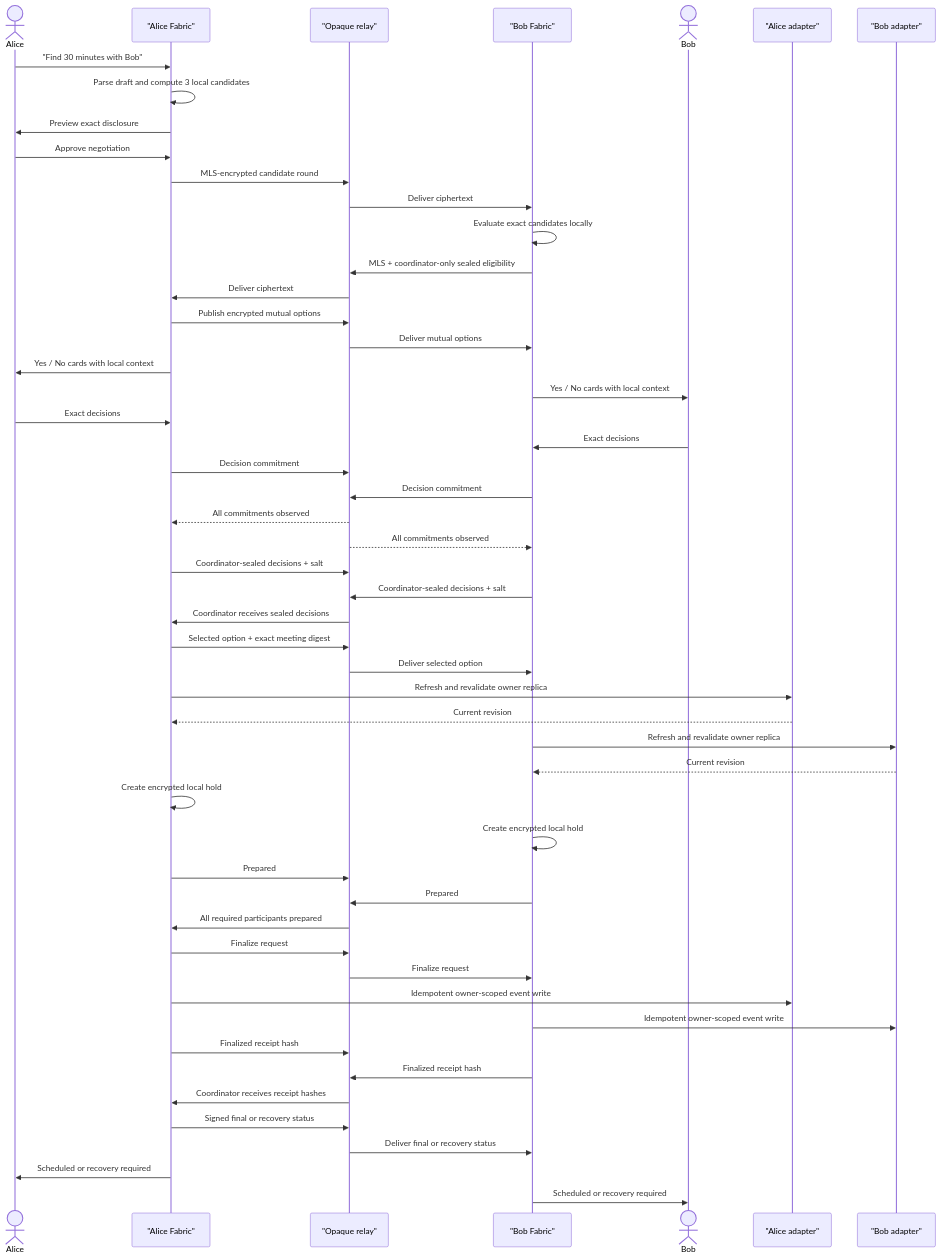
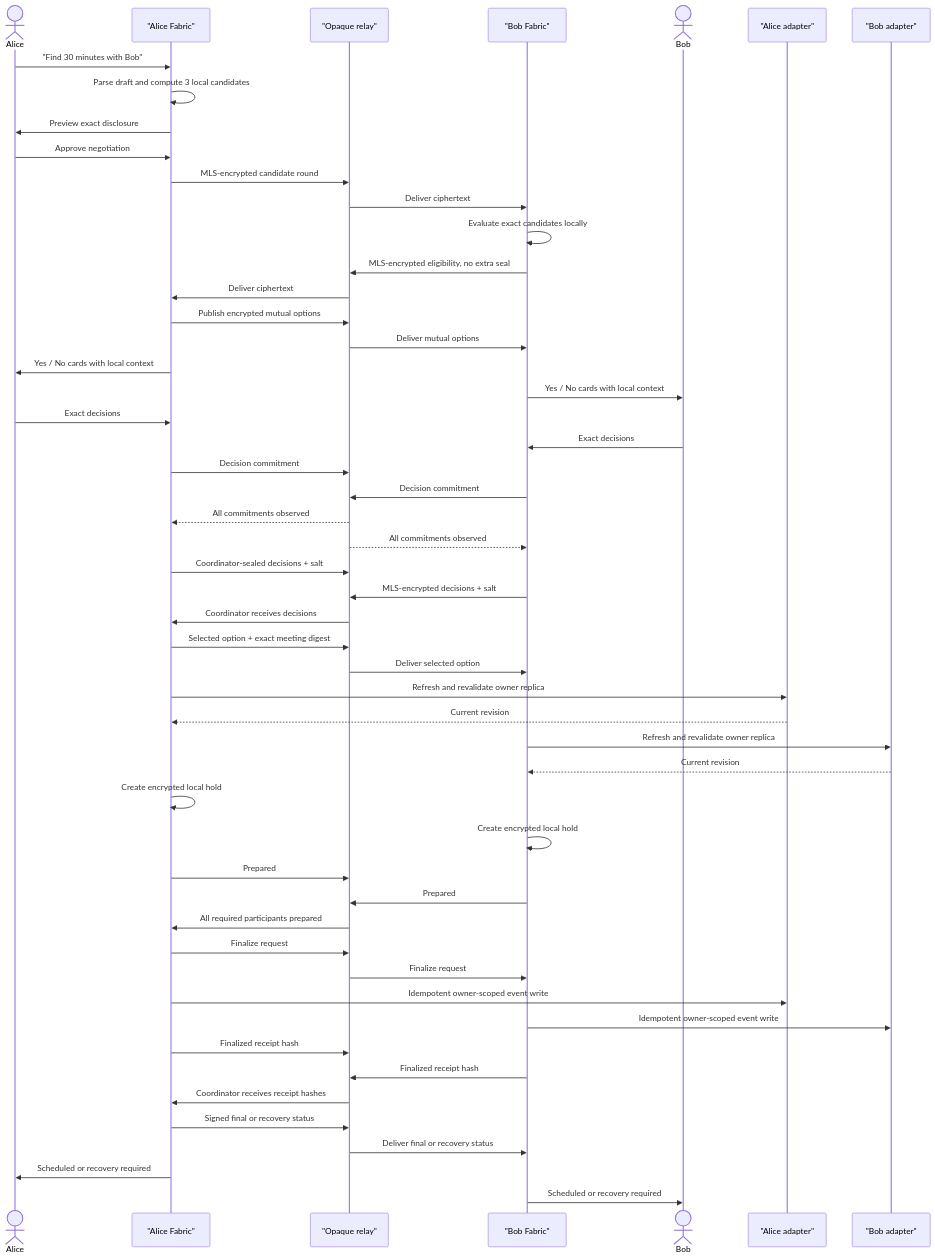
Before and after one commit to aregm/fabric: the third of 3 diagrams in docs/calendar.md, drawn with Mermaid. The commit also changed other lines of this file, not shown here.

````diff
--- a/docs/calendar.md
+++ b/docs/calendar.md
@@ -468,55 +468,55 @@
 ```mermaid
 sequenceDiagram
     actor Alice
     participant AF as "Alice Fabric"
     participant Relay as "Opaque relay"
     participant BF as "Bob Fabric"
     actor Bob
     participant AC as "Alice adapter"
     participant BC as "Bob adapter"
 
     Alice->>AF: "Find 30 minutes with Bob"
     AF->>AF: Parse draft and compute 3 local candidates
     AF->>Alice: Preview exact disclosure
     Alice->>AF: Approve negotiation
     AF->>Relay: MLS-encrypted candidate round
     Relay->>BF: Deliver ciphertext
     BF->>BF: Evaluate exact candidates locally
-    BF->>Relay: MLS + coordinator-only sealed eligibility
+    BF->>Relay: MLS-encrypted eligibility, no extra seal
     Relay->>AF: Deliver ciphertext
     AF->>Relay: Publish encrypted mutual options
     Relay->>BF: Deliver mutual options
     AF->>Alice: Yes / No cards with local context
     BF->>Bob: Yes / No cards with local context
     Alice->>AF: Exact decisions
     Bob->>BF: Exact decisions
     AF->>Relay: Decision commitment
     BF->>Relay: Decision commitment
     Relay-->>AF: All commitments observed
     Relay-->>BF: All commitments observed
     AF->>Relay: Coordinator-sealed decisions + salt
-    BF->>Relay: Coordinator-sealed decisions + salt
-    Relay->>AF: Coordinator receives sealed decisions
+    BF->>Relay: MLS-encrypted decisions + salt
+    Relay->>AF: Coordinator receives decisions
     AF->>Relay: Selected option + exact meeting digest
     Relay->>BF: Deliver selected option
     AF->>AC: Refresh and revalidate owner replica
     AC-->>AF: Current revision
     BF->>BC: Refresh and revalidate owner replica
     BC-->>BF: Current revision
     AF->>AF: Create encrypted local hold
     BF->>BF: Create encrypted local hold
     AF->>Relay: Prepared
     BF->>Relay: Prepared
     Relay->>AF: All required participants prepared
     AF->>Relay: Finalize request
     Relay->>BF: Finalize request
     AF->>AC: Idempotent owner-scoped event write
     BF->>BC: Idempotent owner-scoped event write
     AF->>Relay: Finalized receipt hash
     BF->>Relay: Finalized receipt hash
     Relay->>AF: Coordinator receives receipt hashes
     AF->>Relay: Signed final or recovery status
     Relay->>BF: Deliver final or recovery status
     AF->>Alice: Scheduled or recovery required
     BF->>Bob: Scheduled or recovery required
 ```
````
